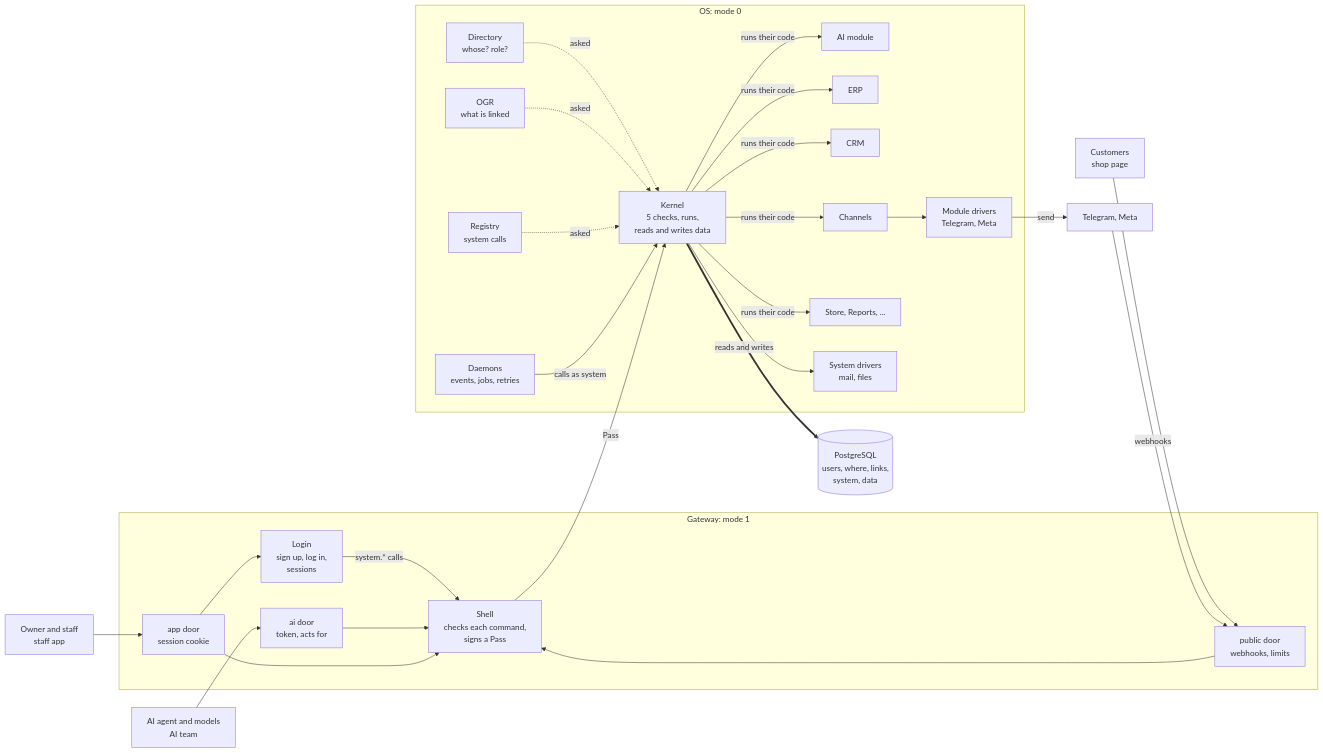
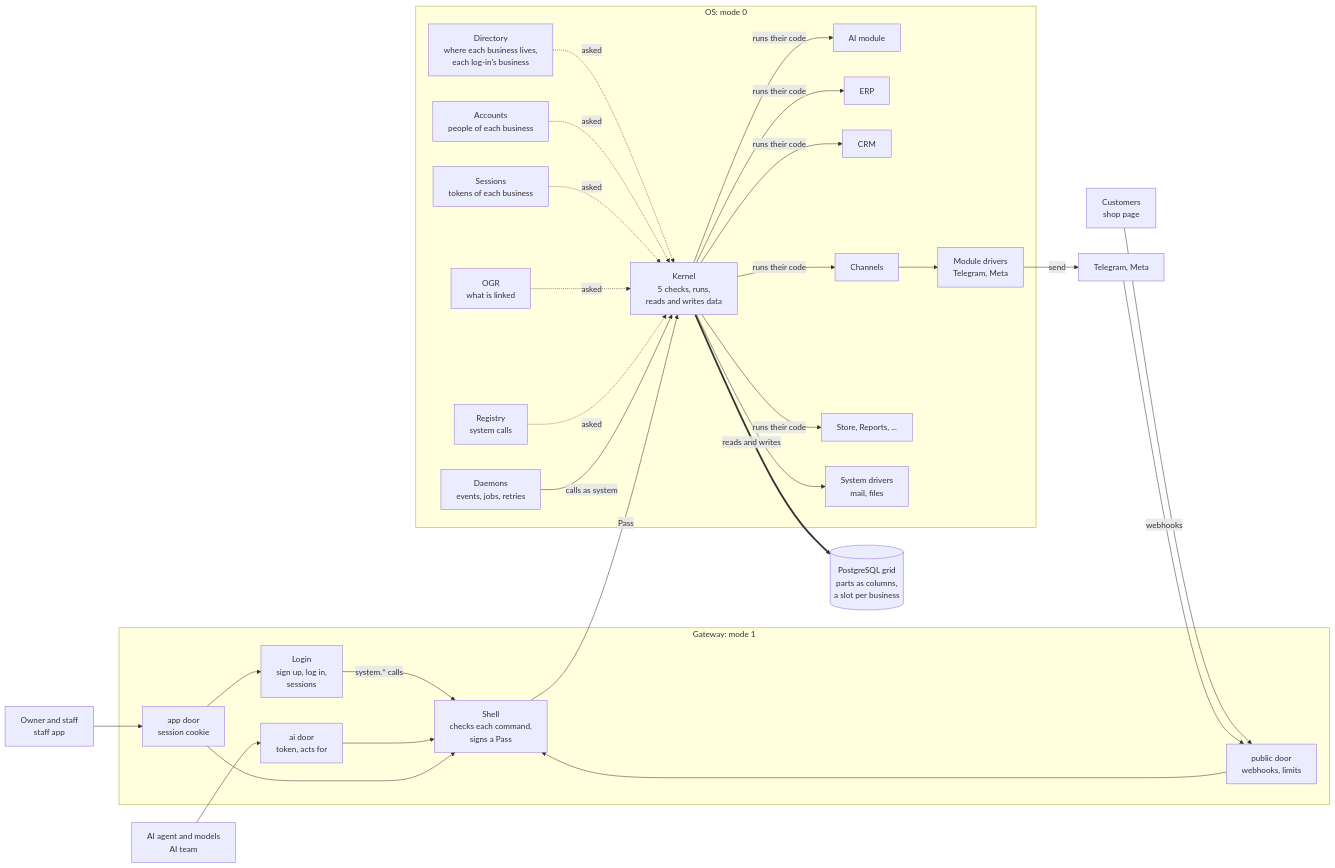
The fifth of 14 diagrams in technical-structure.md (puagraduationproject/graduationproject), drawn with Mermaid before and after one commit. The commit also changed other lines of this file and 1 other file, not shown here.

Commit message:
Design: the database as a grid with a slot per business; the Directory as the map; Accounts and Sessions; one log-in, one business

````diff
--- a/technical-structure.md
+++ b/technical-structure.md
@@ -625,45 +734,47 @@
 ```mermaid
 flowchart LR
   OWNER["Owner and staff<br/>staff app"]
   AGENT["AI agent and models<br/>AI team"]
   CUST["Customers<br/>shop page"]
   OUT["Telegram, Meta"]
   subgraph GW["Gateway: mode 1"]
     AIDOOR["ai door<br/>token, acts for"]
     APPDOOR["app door<br/>session cookie"]
     PUBDOOR["public door<br/>webhooks, limits"]
     LOGIN["Login<br/>sign up, log in,<br/>sessions"]
     SHELL["Shell<br/>checks each command,<br/>signs a Pass"]
   end
   subgraph KS["OS: mode 0"]
-    INDEX["Directory<br/>whose? role?"]
+    INDEX["Directory<br/>where each business lives,<br/>each log-in's business"]
+    ACC["Accounts<br/>people of each business"]
+    SES["Sessions<br/>tokens of each business"]
     OGR["OGR<br/>what is linked"]
     REG["Registry<br/>system calls"]
     DAEMONS["Daemons<br/>events, jobs, retries"]
     KERNEL["Kernel<br/>5 checks, runs,<br/>reads and writes data"]
     AIMOD["AI module"]
     ERP["ERP"]
     CRM["CRM"]
     CHN["Channels"]
     MORE["Store, Reports, ..."]
     DRV["Module drivers<br/>Telegram, Meta"]
     SYSDRV["System drivers<br/>mail, files"]
   end
-  DB[("PostgreSQL<br/>users, where, links,<br/>system, data")]
+  DB[("PostgreSQL grid<br/>parts as columns,<br/>a slot per business")]
 
   AGENT --> AIDOOR
   OWNER --> APPDOOR
   CUST --> PUBDOOR
   OUT -->|"webhooks"| PUBDOOR
   APPDOOR --> LOGIN
   LOGIN -->|"system.* calls"| SHELL
   AIDOOR & APPDOOR & PUBDOOR --> SHELL
   SHELL -->|"Pass"| KERNEL
-  INDEX & OGR & REG -.->|"asked"| KERNEL
+  INDEX & ACC & SES & OGR & REG -.->|"asked"| KERNEL
   DAEMONS -->|"calls as system"| KERNEL
   KERNEL -->|"runs their code"| AIMOD & ERP & CRM & CHN & MORE
   KERNEL ==>|"reads and writes"| DB
   KERNEL --> SYSDRV
   CHN --> DRV
   DRV -->|"send"| OUT
 ```
````
